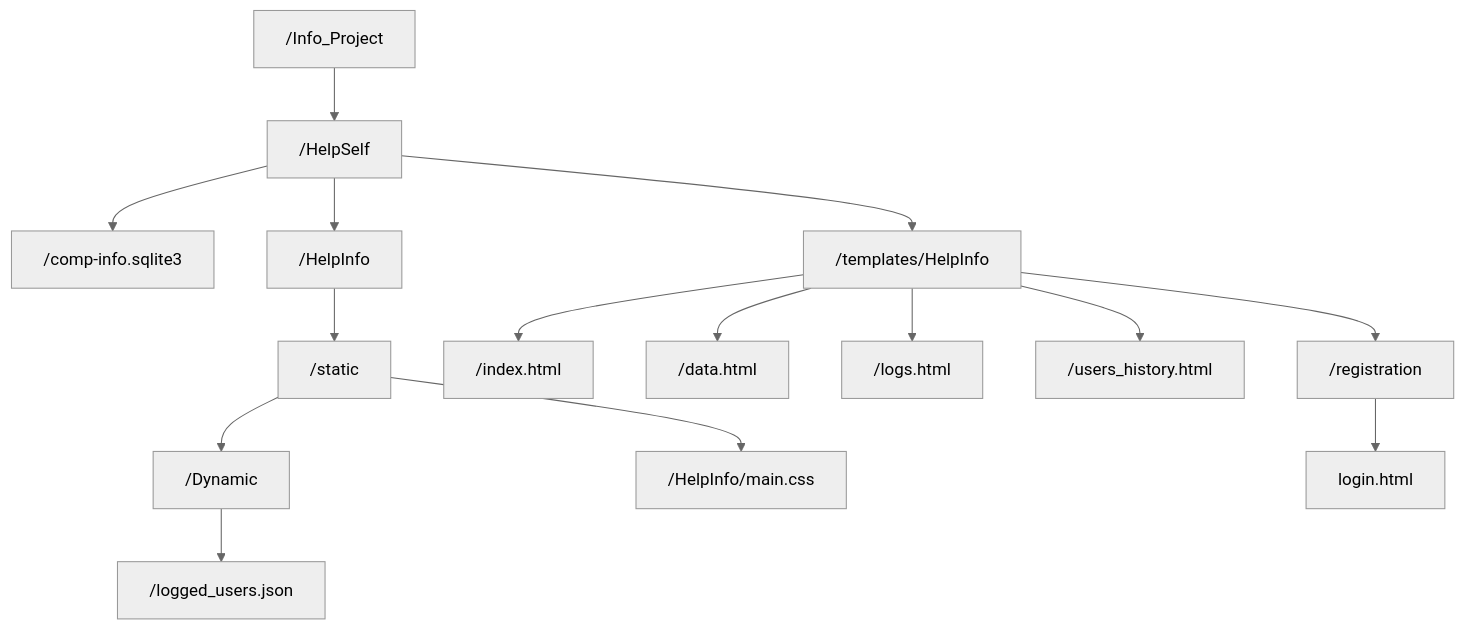
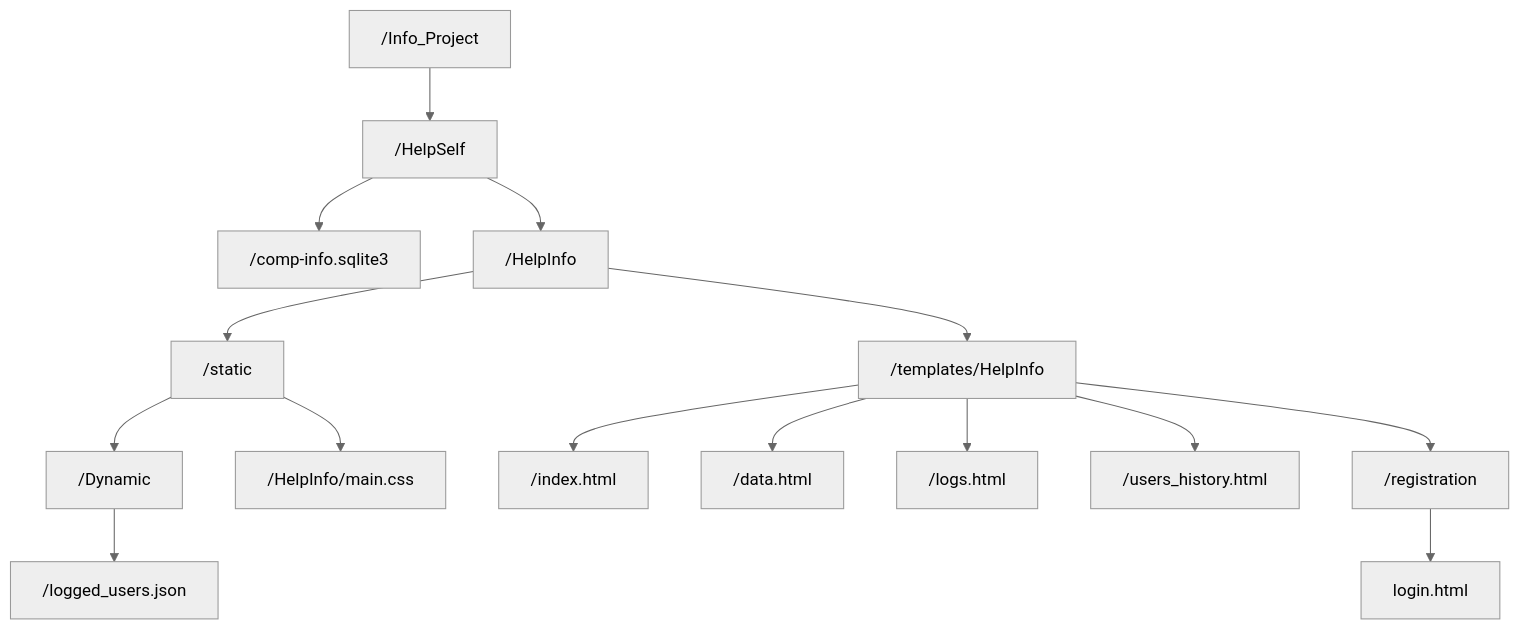
One commit to YazidEl7/Info_Project changed the second of 2 diagrams in README.md. Above: the diagram before and after it, drawn with Mermaid (neutral theme).

````diff
--- a/README.md
+++ b/README.md
@@ -27,17 +27,17 @@
 ```mermaid
 graph TD;
     /Info_Project-->/HelpSelf;
     /HelpSelf-->/comp-info.sqlite3;
     /HelpSelf-->/HelpInfo;
     /HelpInfo-->/static;
     /static-->/Dynamic;
     /Dynamic-->/logged_users.json;
     /static-->/HelpInfo/main.css;
-    /HelpSelf-->/templates/HelpInfo;
+    /HelpInfo-->/templates/HelpInfo;
     /templates/HelpInfo-->/index.html;
     /templates/HelpInfo-->/data.html;
     /templates/HelpInfo-->/logs.html;
     /templates/HelpInfo-->/users_history.html;
     /templates/HelpInfo-->/registration;
     /registration-->login.html;
 ```
````
